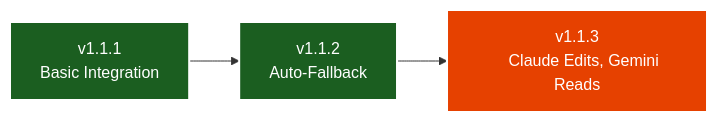
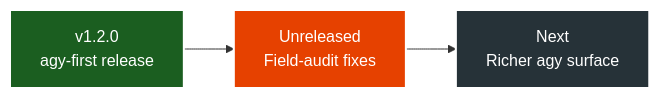
Before and after one commit to V-Songbird/gemini-relay: the first of 2 diagrams in docs/resources/roadmap.md, drawn with Mermaid. The commit also changed other lines of this file and 57 other files, not shown here.

First line of the commit message:
Apply the agy 1.1.27 field audit, and rewrite the docs for a reader (#12)

````diff
--- a/docs/resources/roadmap.md
+++ b/docs/resources/roadmap.md
@@ -11,20 +19,22 @@
 ```mermaid
 ---
 config:
   flowchart:
     htmlLabels: false
     curve: cardinal
 ---
 flowchart LR
-    A["v1.1.1
-    Basic Integration"] --> B["v1.1.2
-    Auto-Fallback"]
-    B --> C["v1.1.3
-    Claude Edits, Gemini Reads"]
-    
+    A["v1.2.0
+    agy-first release"] --> B["Unreleased
+    Field-audit fixes"]
+    B --> C["Next
+    Richer agy surface"]
+
     classDef releasedNode fill:#1b5e20,stroke:#fff,color:#fff,stroke-width:2px
     classDef currentNode fill:#e64100,stroke:#fff,color:#fff,stroke-width:2px
-    
-    class A,B releasedNode
-    class C currentNode
+    classDef plannedNode fill:#263238,stroke:#fff,color:#fff,stroke-width:2px
+
+    class A releasedNode
+    class B currentNode
+    class C plannedNode
 ```
````
